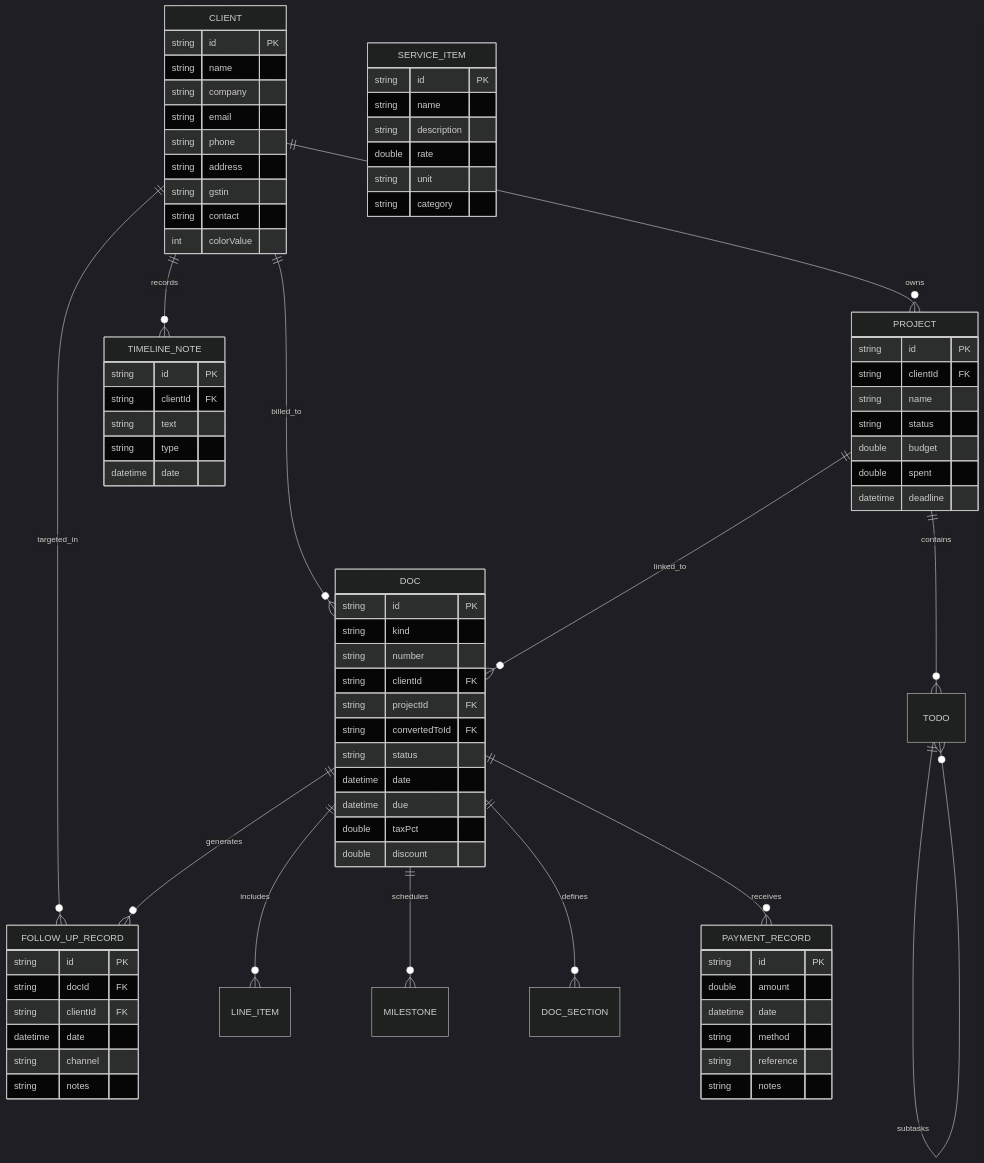
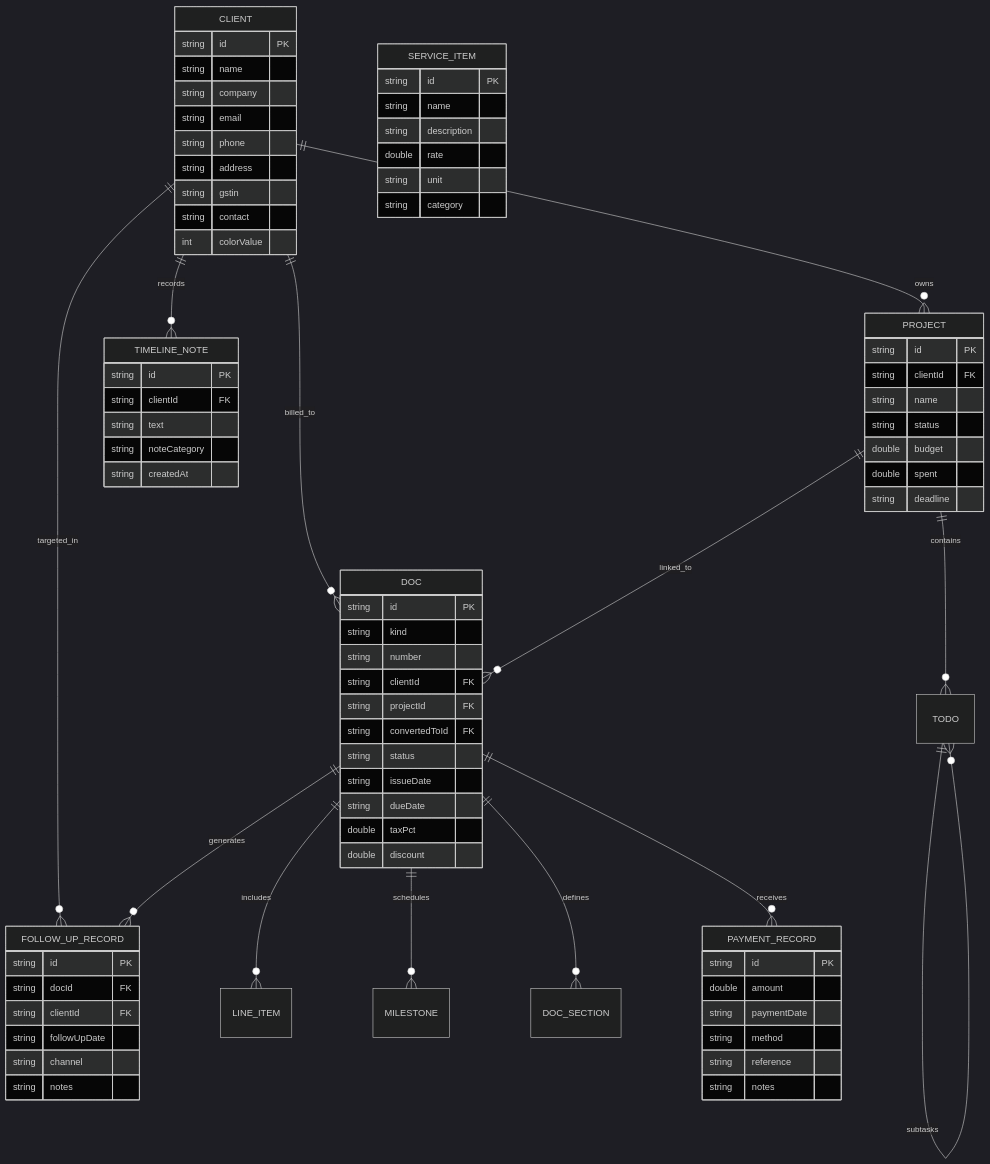
The second of 4 diagrams in README.md (Akshit2004/Freelance-management), drawn with Mermaid (dark theme) before and after one commit. The commit also changed other lines of this file and 10 other files, not shown here.

```diff
--- a/README.md
+++ b/README.md
@@ -166,7 +166,7 @@
         string status
         double budget
         double spent
-        datetime deadline
+        string deadline
     }
 
     DOC {
@@ -177,8 +177,8 @@
         string projectId FK
         string convertedToId FK
         string status
-        datetime date
-        datetime due
+        string issueDate
+        string dueDate
         double taxPct
         double discount
     }
@@ -186,7 +186,7 @@
     PAYMENT_RECORD {
         string id PK
         double amount
-        datetime date
+        string paymentDate
         string method
         string reference
         string notes
@@ -196,15 +196,15 @@
         string id PK
         string clientId FK
         string text
-        string type
-        datetime date
+        string noteCategory
+        string createdAt
     }
 
     FOLLOW_UP_RECORD {
         string id PK
         string docId FK
         string clientId FK
-        datetime date
+        string followUpDate
         string channel
         string notes
     }
```
